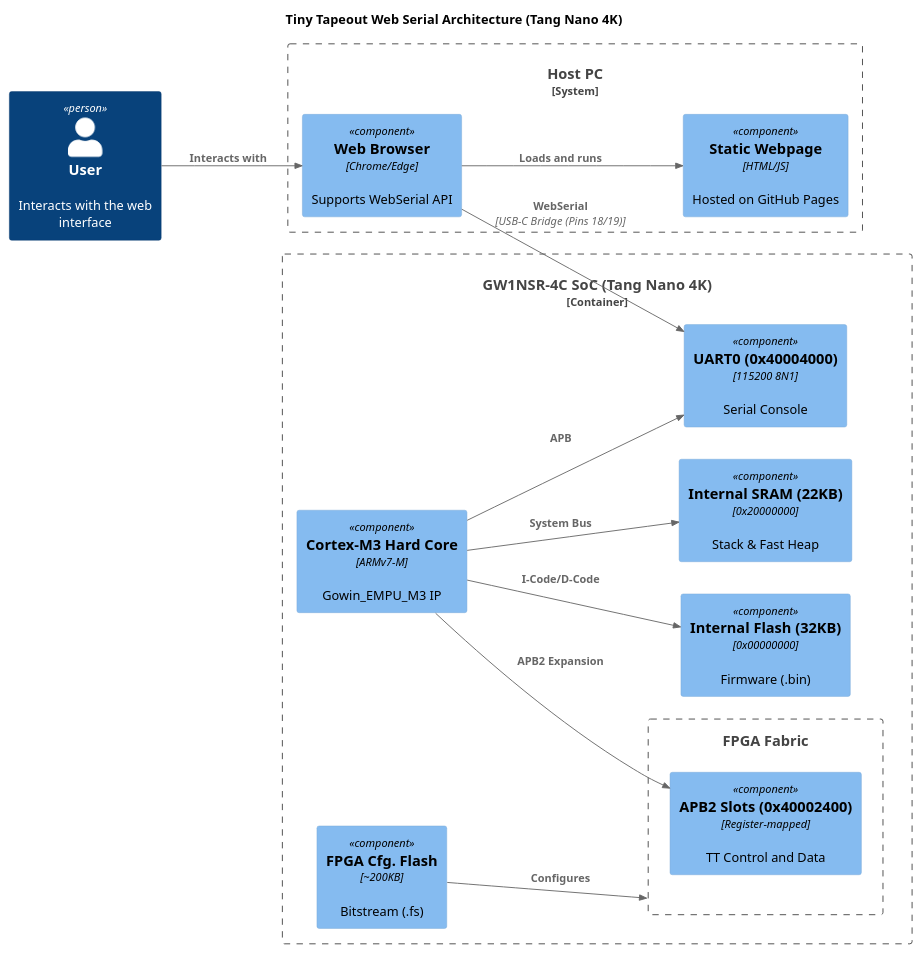
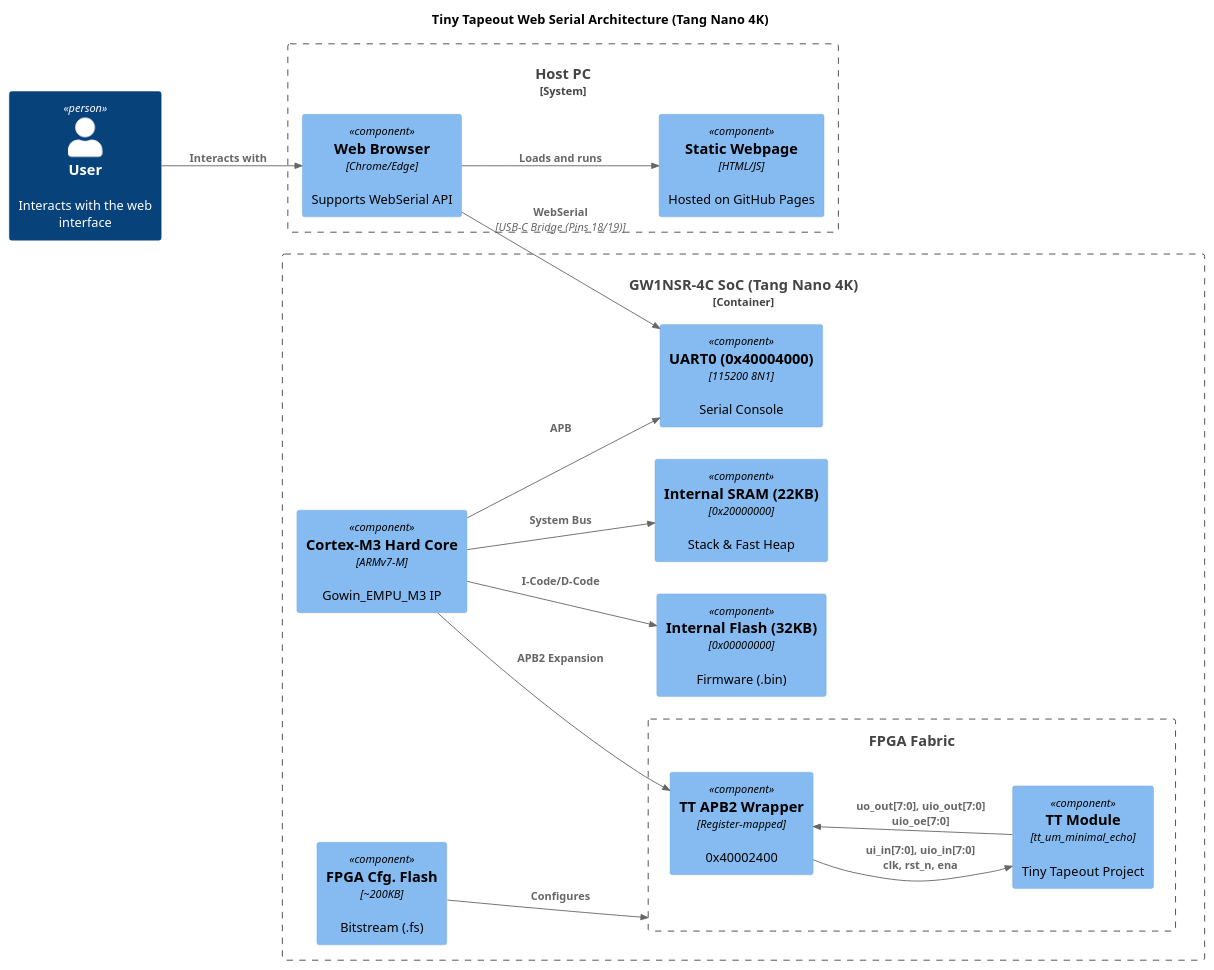
One commit to chatelao/tiny-tapeout-web-uart-tang-nano changed the diagram in architecture.puml. Above: the diagram before and after it, drawn with PlantUML.

Commit message:
Update architecture.puml to include TT module and signals
This commit updates the architecture diagram (architecture.puml) to
accurately reflect the Tiny Tapeout (TT) wrapper logic.

Key changes:
- Renamed 'apb_slots' to 'tt_wrapper' for clarity.
- Added a dedicated 'TT Module' component representing the TT design.
- Explicitly documented the signals between the wrapper and the module:
  - inputs: ui_in[7:0], uio_in[7:0]
  - control: clk, rst_n, ena
  - outputs: uo_out[7:0], uio_out[7:0], uio_oe[7:0]
- Maintained existing SoC structure and connections.

```diff
--- a/architecture.puml
+++ b/architecture.puml
@@ -1,39 +1,42 @@
 @startuml architecture
 !include https://raw.githubusercontent.com/plantuml-stdlib/C4-PlantUML/master/C4_Component.puml
 
 LAYOUT_LEFT_RIGHT()
 
 title Tiny Tapeout Web Serial Architecture (Tang Nano 4K)
 
 Person(user, "User", "Interacts with the web interface")
 
 System_Boundary(host, "Host PC") {
     Component(browser, "Web Browser", "Chrome/Edge", "Supports WebSerial API")
     Component(web_page, "Static Webpage", "HTML/JS", "Hosted on GitHub Pages")
     Rel(browser, web_page, "Loads and runs")
 }
 
 Container_Boundary(soc, "GW1NSR-4C SoC (Tang Nano 4K)") {
     Component(m3, "Cortex-M3 Hard Core", "ARMv7-M", "Gowin_EMPU_M3 IP")
 
     Boundary(fabric, "FPGA Fabric") {
-        Component(apb_slots, "APB2 Slots (0x40002400)", "Register-mapped", "TT Control and Data")
+        Component(tt_wrapper, "TT APB2 Wrapper", "Register-mapped", "0x40002400")
+        Component(tt_module, "TT Module", "tt_um_minimal_echo", "Tiny Tapeout Project")
 
-        Rel(m3, apb_slots, "APB2 Expansion")
+        Rel(m3, tt_wrapper, "APB2 Expansion")
+        Rel(tt_wrapper, tt_module, "ui_in[7:0], uio_in[7:0]\nclk, rst_n, ena")
+        Rel(tt_module, tt_wrapper, "uo_out[7:0], uio_out[7:0]\nuio_oe[7:0]")
     }
 
     Component(int_flash, "Internal Flash (32KB)", "0x00000000", "Firmware (.bin)")
     Component(int_sram, "Internal SRAM (22KB)", "0x20000000", "Stack & Fast Heap")
     Component(uart0, "UART0 (0x40004000)", "115200 8N1", "Serial Console")
     Component(cfg_flash, "FPGA Cfg. Flash", "~200KB", "Bitstream (.fs)")
 
     Rel(m3, int_flash, "I-Code/D-Code")
     Rel(m3, int_sram, "System Bus")
     Rel(m3, uart0, "APB")
     Rel(cfg_flash, fabric, "Configures")
 }
 
 Rel(user, browser, "Interacts with")
 Rel(browser, uart0, "WebSerial", "USB-C Bridge (Pins 18/19)")
 
 @enduml
```
